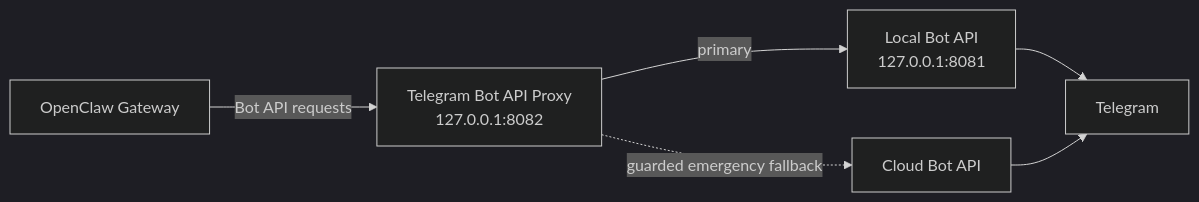
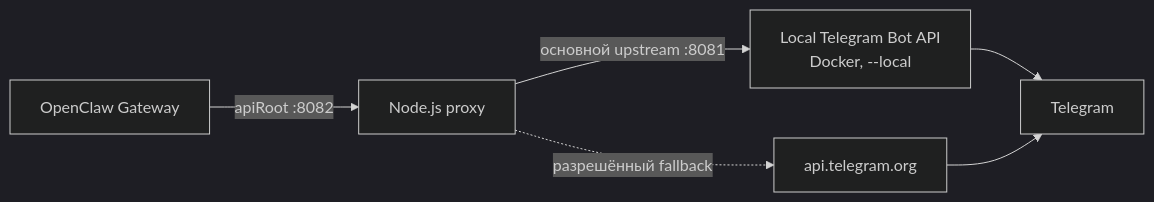
Before and after one commit to dankarization/openclaw-telegram-bot-api-proxy: the diagram in README.md, drawn with Mermaid (dark theme). The commit also changed other lines of this file and 19 other files, not shown here.

````diff
--- a/README.md
+++ b/README.md
@@ -10,8 +10,8 @@
 ```mermaid
 flowchart LR
-    OpenClaw[OpenClaw Gateway] -->|Bot API requests| Proxy[Telegram Bot API Proxy<br/>127.0.0.1:8082]
-    Proxy -->|primary| Local[Local Bot API<br/>127.0.0.1:8081]
-    Proxy -.->|guarded emergency fallback| Cloud[Cloud Bot API]
-    Local --> Telegram[Telegram]
-    Cloud --> Telegram
+    O[OpenClaw Gateway] -->|apiRoot :8082| P[Node.js proxy]
+    P -->|основной upstream :8081| L[Local Telegram Bot API<br/>Docker, --local]
+    P -.->|разрешённый fallback| C[api.telegram.org]
+    L --> T[Telegram]
+    C --> T
 ```
````
